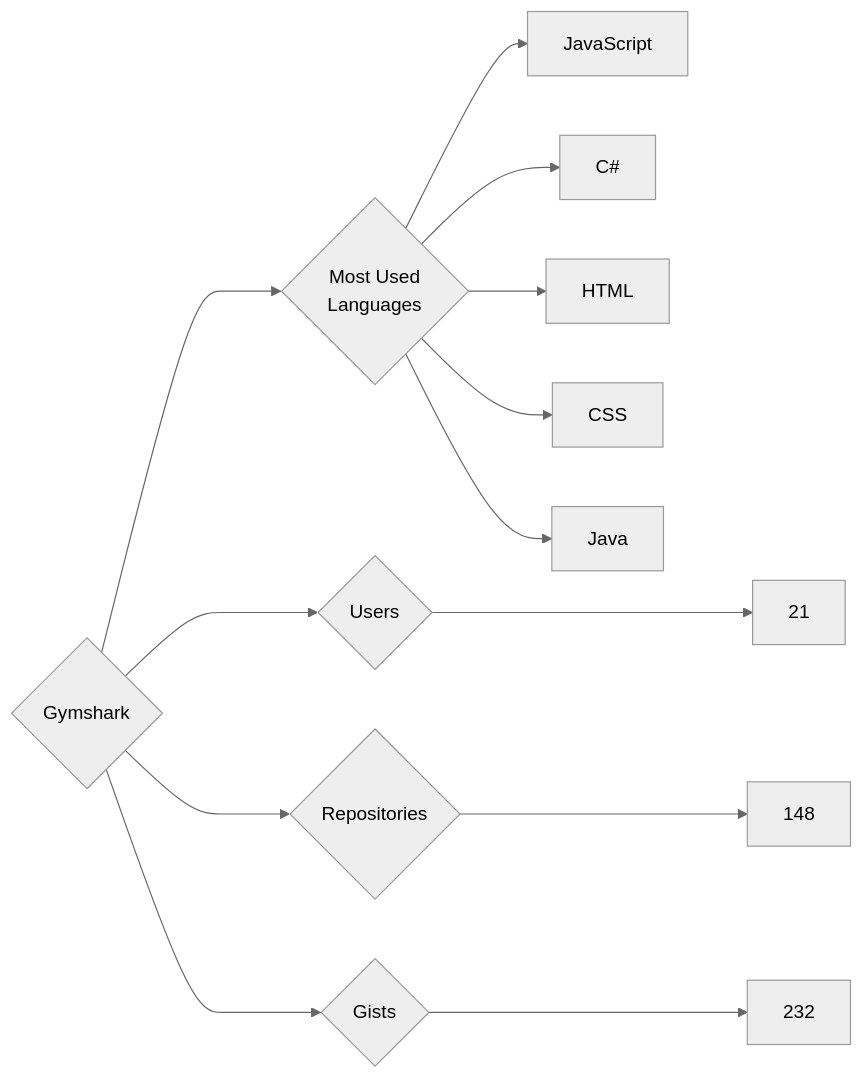
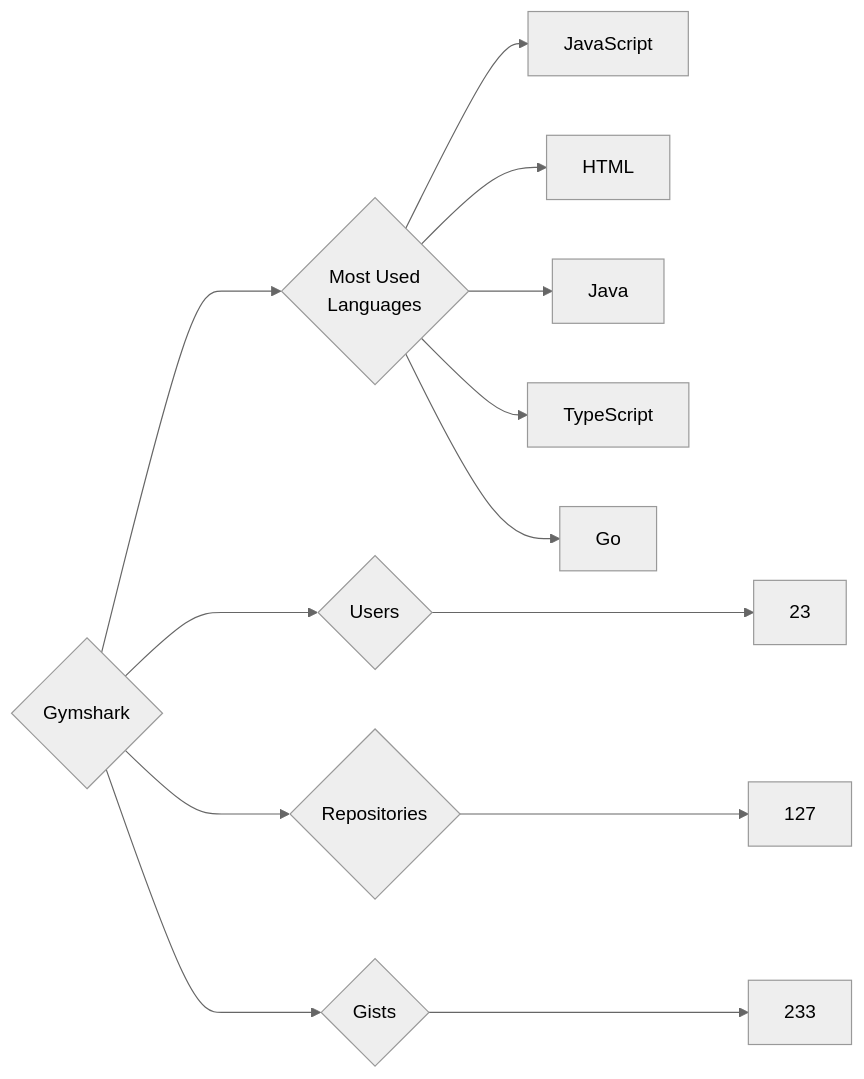
The diagram in targets/Gymshark/README.md (trickest/insiders), drawn with Mermaid (neutral theme) before and after one commit. The commit also changed 870 other files, not shown here.

````diff
--- a/targets/Gymshark/README.md
+++ b/targets/Gymshark/README.md
@@ -3,13 +3,13 @@
 ```mermaid
 graph LR
 COMPANY_NAME{Gymshark}
-COMPANY_NAME ---> U{Users} ---> UN[21]
-COMPANY_NAME ---> R{Repositories} ---> RN[148]
-COMPANY_NAME ---> G{Gists} ---> GN[232]
+COMPANY_NAME ---> U{Users} ---> UN[23]
+COMPANY_NAME ---> R{Repositories} ---> RN[127]
+COMPANY_NAME ---> G{Gists} ---> GN[233]
 COMPANY_NAME ---> ML{Most Used<br>Languages}
 ML --> JavaScript[JavaScript]
-ML --> C#[C#]
 ML --> HTML[HTML]
-ML --> CSS[CSS]
 ML --> Java[Java]
+ML --> TypeScript[TypeScript]
+ML --> Go[Go]
 ```
````
